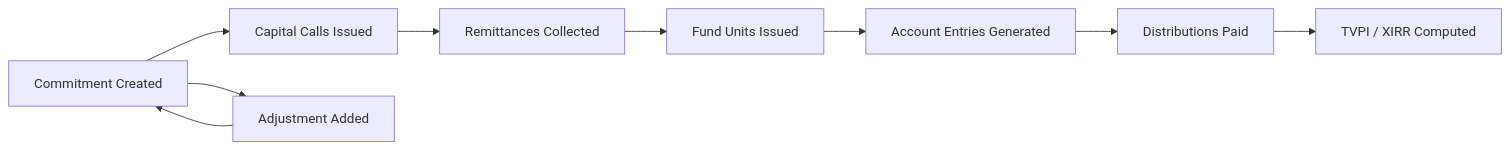
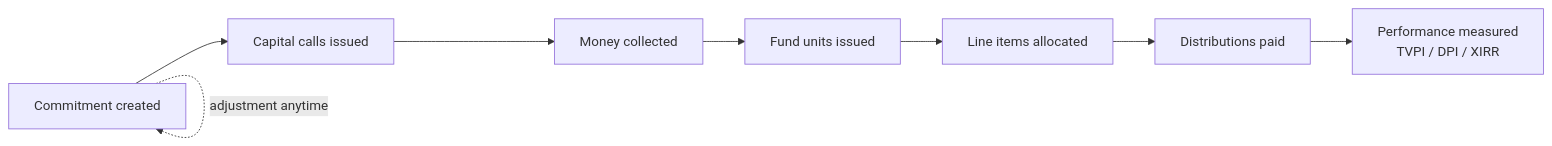
The first of 4 diagrams in docs/user_guides/capital_commitments_user_guide.md (sampadadiwan/IRM_CompanyMain), drawn with Mermaid before and after one commit. The commit also changed other lines of this file and 11 other files, not shown here.

````diff
--- a/docs/user_guides/capital_commitments_user_guide.md
+++ b/docs/user_guides/capital_commitments_user_guide.md
@@ -49,11 +58,10 @@
 ```mermaid
 flowchart LR
-    A[Commitment Created] --> B[Capital Calls Issued]
-    B --> C[Remittances Collected]
-    C --> D[Fund Units Issued]
-    D --> E[Account Entries Generated]
-    E --> F[Distributions Paid]
-    F --> G[TVPI / XIRR Computed]
-    A --> H[Adjustment Added]
-    H --> A
+    A[Commitment created] --> B[Capital calls issued]
+    B --> C[Money collected]
+    C --> D[Fund units issued]
+    D --> E[Line items allocated]
+    E --> F[Distributions paid]
+    F --> G[Performance measured<br/>TVPI / DPI / XIRR]
+    A -. adjustment anytime .-> A
 ```
````
